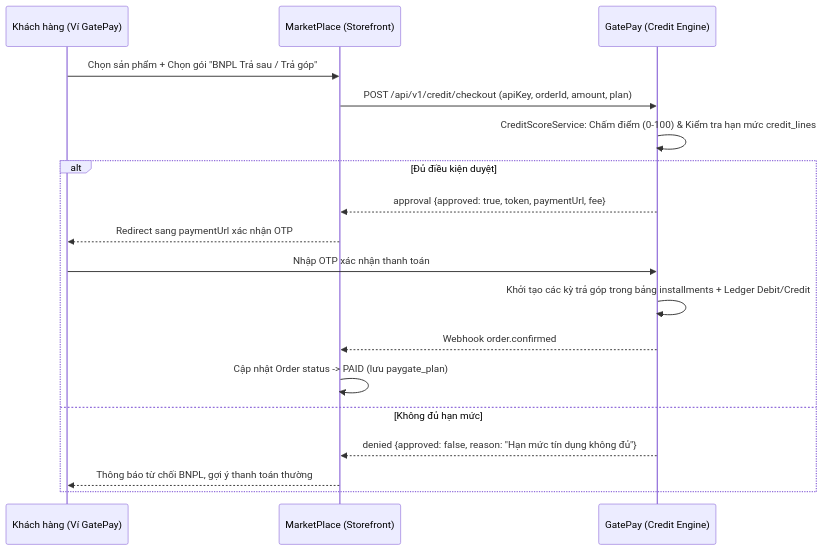
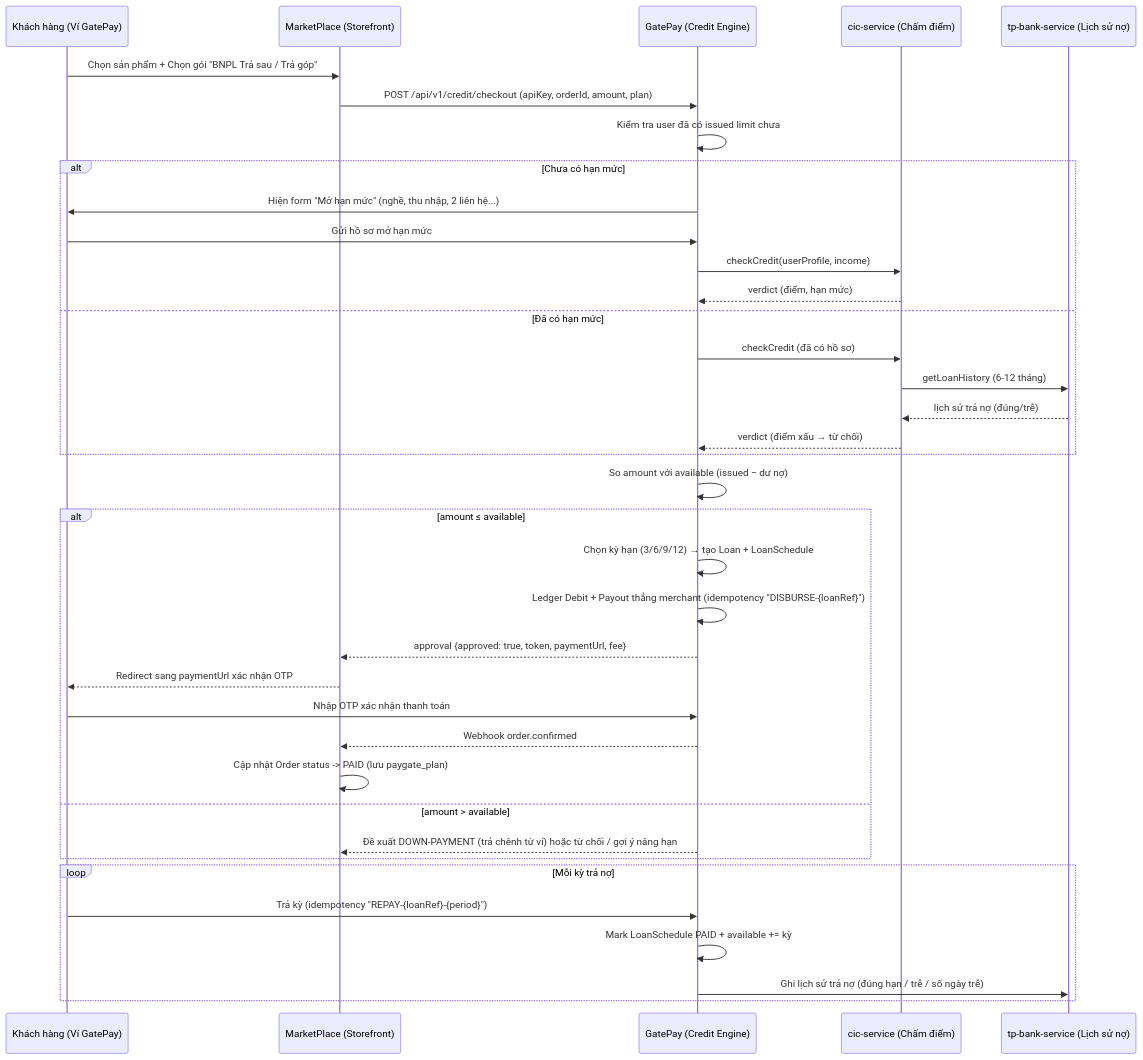
One commit to mtritran/PayGate changed the diagram in GatePay/docs/FEATURE_01_BNPL_CREDIT_SCORE.md. Above: the diagram before and after it, drawn with Mermaid. The commit also changed other lines of this file, not shown here.

First line of the commit message:
docs(features): cập nhật FEATURE_01 BNPL theo thiết kế 6 phase + cic/tp-bank service

````diff
--- a/GatePay/docs/FEATURE_01_BNPL_CREDIT_SCORE.md
+++ b/GatePay/docs/FEATURE_01_BNPL_CREDIT_SCORE.md
@@ -21,21 +38,41 @@
 ```mermaid
 sequenceDiagram
     participant K as Khách hàng (Ví GatePay)
     participant M as MarketPlace (Storefront)
     participant G as GatePay (Credit Engine)
+    participant C as cic-service (Chấm điểm)
+    participant T as tp-bank-service (Lịch sử nợ)
 
     K->>M: Chọn sản phẩm + Chọn gói "BNPL Trả sau / Trả góp"
     M->>G: POST /api/v1/credit/checkout (apiKey, orderId, amount, plan)
-    G->>G: CreditScoreService: Chấm điểm (0-100) & Kiểm tra hạn mức credit_lines
-    alt Đủ điều kiện duyệt
+    G->>G: Kiểm tra user đã có issued limit chưa
+    alt Chưa có hạn mức
+        G->>K: Hiện form "Mở hạn mức" (nghề, thu nhập, 2 liên hệ...)
+        K->>G: Gửi hồ sơ mở hạn mức
+        G->>C: checkCredit(userProfile, income)
+        C-->>G: verdict (điểm, hạn mức)
+    else Đã có hạn mức
+        G->>C: checkCredit (đã có hồ sơ)
+        C->>T: getLoanHistory (6-12 tháng)
+        T-->>C: lịch sử trả nợ (đúng/trễ)
+        C-->>G: verdict (điểm xấu → từ chối)
+    end
+    G->>G: So amount với available (issued − dư nợ)
+    alt amount ≤ available
+        G->>G: Chọn kỳ hạn (3/6/9/12) → tạo Loan + LoanSchedule
+        G->>G: Ledger Debit + Payout thẳng merchant (idempotency "DISBURSE-{loanRef}")
         G-->>M: approval {approved: true, token, paymentUrl, fee}
         M-->>K: Redirect sang paymentUrl xác nhận OTP
         K->>G: Nhập OTP xác nhận thanh toán
-        G->>G: Khởi tạo các kỳ trả góp trong bảng installments + Ledger Debit/Credit
         G-->>M: Webhook order.confirmed
         M->>M: Cập nhật Order status -> PAID (lưu paygate_plan)
-    else Không đủ hạn mức
-        G-->>M: denied {approved: false, reason: "Hạn mức tín dụng không đủ"}
-        M-->>K: Thông báo từ chối BNPL, gợi ý thanh toán thường
+    else amount > available
+        G-->>M: Đề xuất DOWN-PAYMENT (trả chênh từ ví) hoặc từ chối / gợi ý nâng hạn
+    end
+
+    loop Mỗi kỳ trả nợ
+        K->>G: Trả kỳ (idempotency "REPAY-{loanRef}-{period}")
+        G->>G: Mark LoanSchedule PAID + available += kỳ
+        G->>T: Ghi lịch sử trả nợ (đúng hạn / trễ / số ngày trễ)
     end
 ```
````
